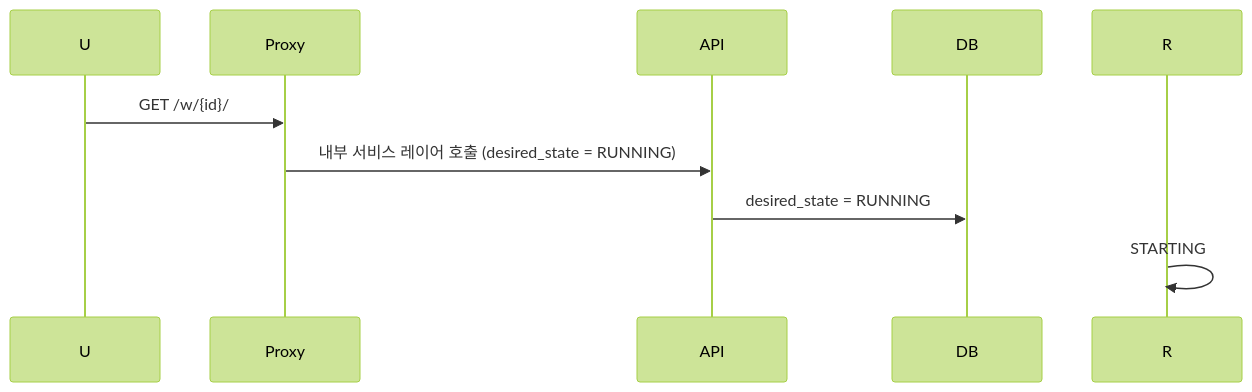
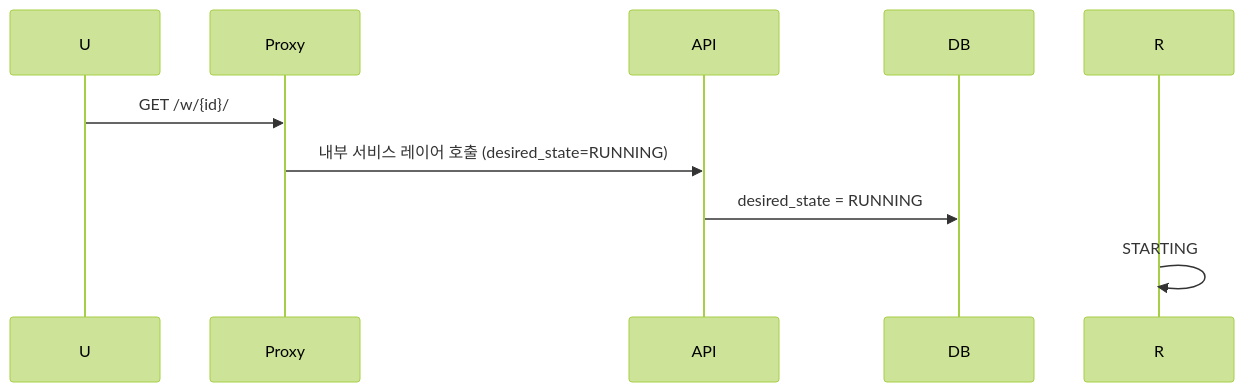
The fifth of 7 diagrams in docs/spec_v2/02-states.md (cagojeiger/code-hub), drawn with Mermaid (forest theme) before and after one commit. The commit also changed other lines of this file and 2 other files, not shown here.

````diff
--- a/docs/spec_v2/02-states.md
+++ b/docs/spec_v2/02-states.md
@@ -220,7 +257,7 @@
 ```mermaid
 sequenceDiagram
     U->>Proxy: GET /w/{id}/
-    Proxy->>API: 내부 서비스 레이어 호출 (desired_state = RUNNING)
+    Proxy->>API: 내부 서비스 레이어 호출 (desired_state=RUNNING)
     API->>DB: desired_state = RUNNING
     R->>R: STARTING
 ```
````
